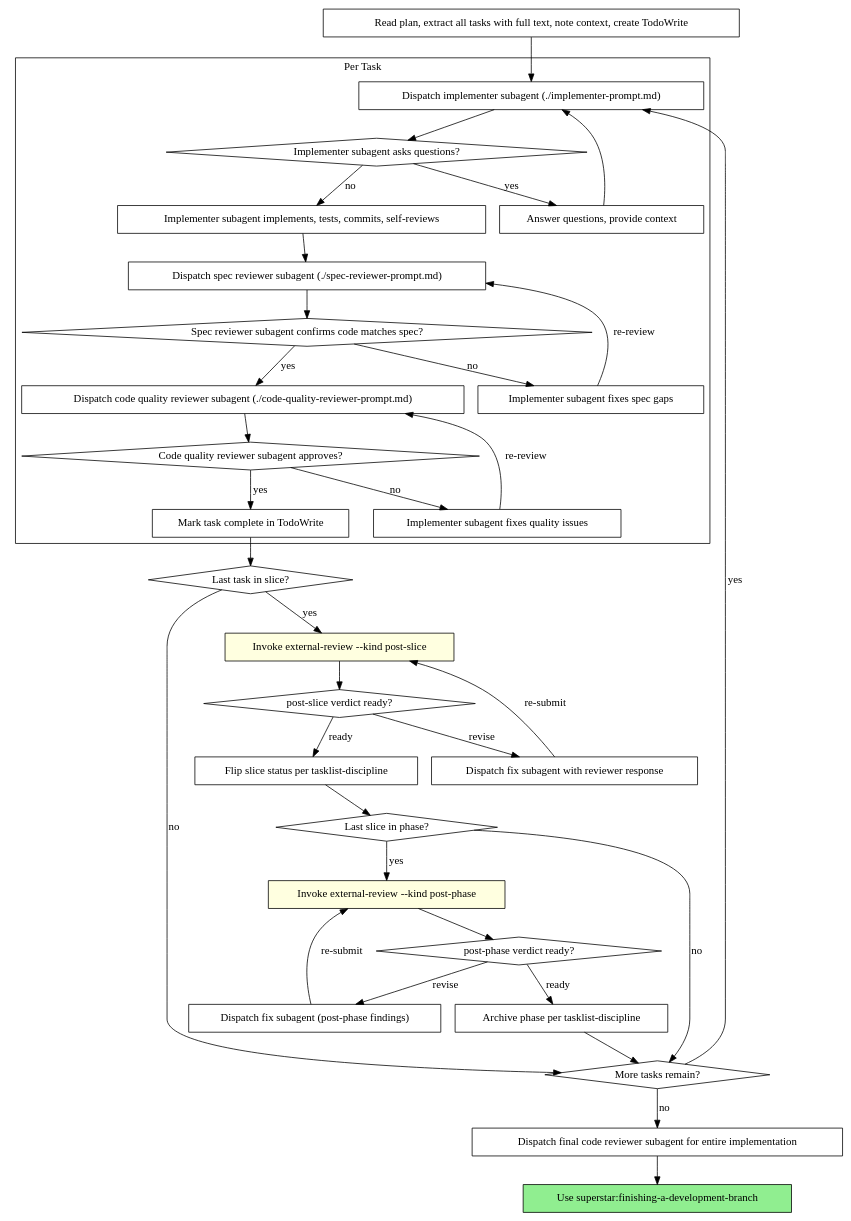
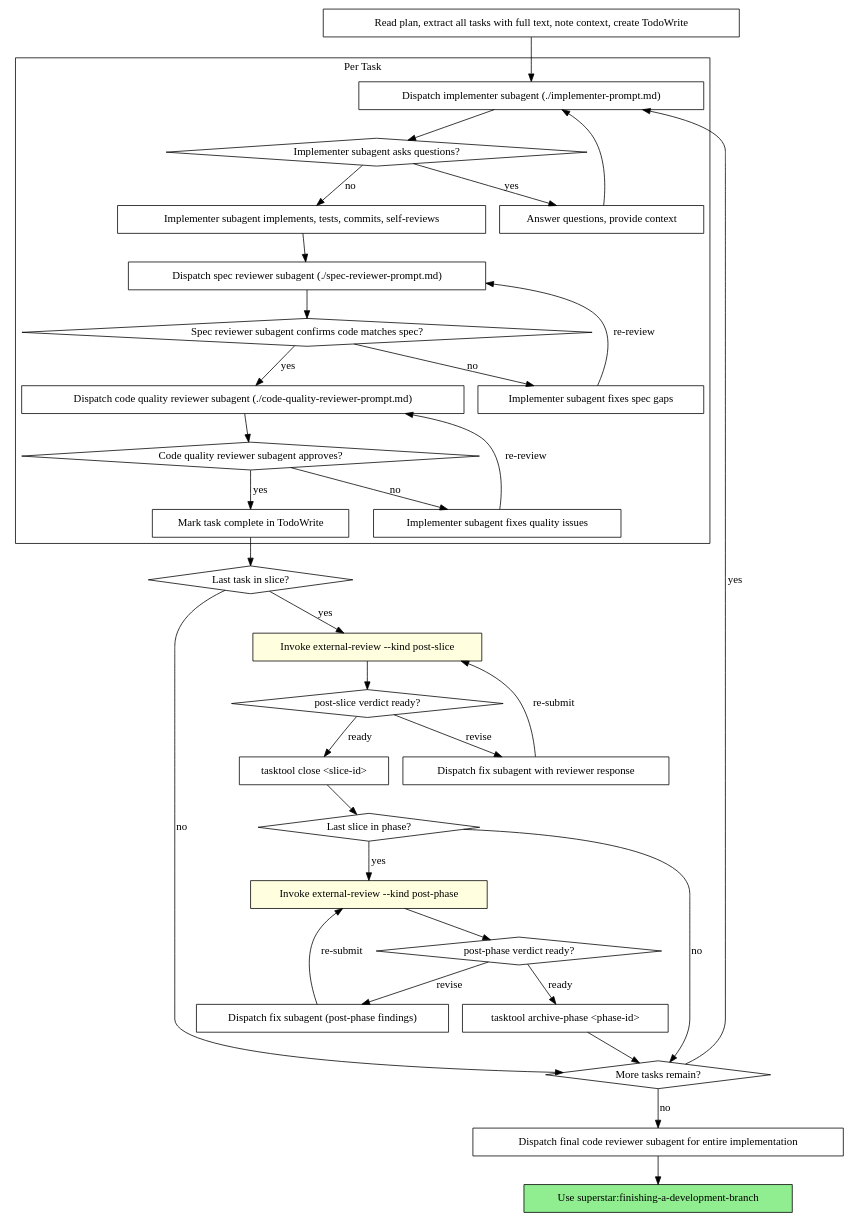
The second of 2 diagrams in skills/subagent-driven-development/SKILL.md (sigreer/superstar), drawn with Graphviz before and after one commit. The commit also changed other lines of this file, not shown here.

Commit message:
P2.S3.T9: subagent-driven-development references tasktool

````diff
--- a/skills/subagent-driven-development/SKILL.md
+++ b/skills/subagent-driven-development/SKILL.md
@@ -81,68 +81,68 @@
 ```dot
 digraph process {
     rankdir=TB;
 
     subgraph cluster_per_task {
         label="Per Task";
         "Dispatch implementer subagent (./implementer-prompt.md)" [shape=box];
         "Implementer subagent asks questions?" [shape=diamond];
         "Answer questions, provide context" [shape=box];
         "Implementer subagent implements, tests, commits, self-reviews" [shape=box];
         "Dispatch spec reviewer subagent (./spec-reviewer-prompt.md)" [shape=box];
         "Spec reviewer subagent confirms code matches spec?" [shape=diamond];
         "Implementer subagent fixes spec gaps" [shape=box];
         "Dispatch code quality reviewer subagent (./code-quality-reviewer-prompt.md)" [shape=box];
         "Code quality reviewer subagent approves?" [shape=diamond];
         "Implementer subagent fixes quality issues" [shape=box];
         "Mark task complete in TodoWrite" [shape=box];
     }
 
     "Read plan, extract all tasks with full text, note context, create TodoWrite" [shape=box];
     "Last task in slice?" [shape=diamond];
     "Invoke external-review --kind post-slice" [shape=box style=filled fillcolor=lightyellow];
     "post-slice verdict ready?" [shape=diamond];
     "Dispatch fix subagent with reviewer response" [shape=box];
-    "Flip slice status per tasklist-discipline" [shape=box];
+    "tasktool close <slice-id>" [shape=box];
     "Last slice in phase?" [shape=diamond];
     "Invoke external-review --kind post-phase" [shape=box style=filled fillcolor=lightyellow];
     "post-phase verdict ready?" [shape=diamond];
     "Dispatch fix subagent (post-phase findings)" [shape=box];
-    "Archive phase per tasklist-discipline" [shape=box];
+    "tasktool archive-phase <phase-id>" [shape=box];
     "More tasks remain?" [shape=diamond];
     "Dispatch final code reviewer subagent for entire implementation" [shape=box];
     "Use superstar:finishing-a-development-branch" [shape=box style=filled fillcolor=lightgreen];
 
     "Read plan, extract all tasks with full text, note context, create TodoWrite" -> "Dispatch implementer subagent (./implementer-prompt.md)";
     "Dispatch implementer subagent (./implementer-prompt.md)" -> "Implementer subagent asks questions?";
     "Implementer subagent asks questions?" -> "Answer questions, provide context" [label="yes"];
     "Answer questions, provide context" -> "Dispatch implementer subagent (./implementer-prompt.md)";
     "Implementer subagent asks questions?" -> "Implementer subagent implements, tests, commits, self-reviews" [label="no"];
     "Implementer subagent implements, tests, commits, self-reviews" -> "Dispatch spec reviewer subagent (./spec-reviewer-prompt.md)";
     "Dispatch spec reviewer subagent (./spec-reviewer-prompt.md)" -> "Spec reviewer subagent confirms code matches spec?";
     "Spec reviewer subagent confirms code matches spec?" -> "Implementer subagent fixes spec gaps" [label="no"];
     "Implementer subagent fixes spec gaps" -> "Dispatch spec reviewer subagent (./spec-reviewer-prompt.md)" [label="re-review"];
     "Spec reviewer subagent confirms code matches spec?" -> "Dispatch code quality reviewer subagent (./code-quality-reviewer-prompt.md)" [label="yes"];
     "Dispatch code quality reviewer subagent (./code-quality-reviewer-prompt.md)" -> "Code quality reviewer subagent approves?";
     "Code quality reviewer subagent approves?" -> "Implementer subagent fixes quality issues" [label="no"];
     "Implementer subagent fixes quality issues" -> "Dispatch code quality reviewer subagent (./code-quality-reviewer-prompt.md)" [label="re-review"];
     "Code quality reviewer subagent approves?" -> "Mark task complete in TodoWrite" [label="yes"];
     "Mark task complete in TodoWrite" -> "Last task in slice?";
     "Last task in slice?" -> "More tasks remain?" [label="no"];
     "Last task in slice?" -> "Invoke external-review --kind post-slice" [label="yes"];
     "Invoke external-review --kind post-slice" -> "post-slice verdict ready?";
     "post-slice verdict ready?" -> "Dispatch fix subagent with reviewer response" [label="revise"];
     "Dispatch fix subagent with reviewer response" -> "Invoke external-review --kind post-slice" [label="re-submit"];
-    "post-slice verdict ready?" -> "Flip slice status per tasklist-discipline" [label="ready"];
-    "Flip slice status per tasklist-discipline" -> "Last slice in phase?";
+    "post-slice verdict ready?" -> "tasktool close <slice-id>" [label="ready"];
+    "tasktool close <slice-id>" -> "Last slice in phase?";
     "Last slice in phase?" -> "More tasks remain?" [label="no"];
     "Last slice in phase?" -> "Invoke external-review --kind post-phase" [label="yes"];
     "Invoke external-review --kind post-phase" -> "post-phase verdict ready?";
     "post-phase verdict ready?" -> "Dispatch fix subagent (post-phase findings)" [label="revise"];
     "Dispatch fix subagent (post-phase findings)" -> "Invoke external-review --kind post-phase" [label="re-submit"];
-    "post-phase verdict ready?" -> "Archive phase per tasklist-discipline" [label="ready"];
-    "Archive phase per tasklist-discipline" -> "More tasks remain?";
+    "post-phase verdict ready?" -> "tasktool archive-phase <phase-id>" [label="ready"];
+    "tasktool archive-phase <phase-id>" -> "More tasks remain?";
     "More tasks remain?" -> "Dispatch implementer subagent (./implementer-prompt.md)" [label="yes"];
     "More tasks remain?" -> "Dispatch final code reviewer subagent for entire implementation" [label="no"];
     "Dispatch final code reviewer subagent for entire implementation" -> "Use superstar:finishing-a-development-branch";
 }
 ```
````
